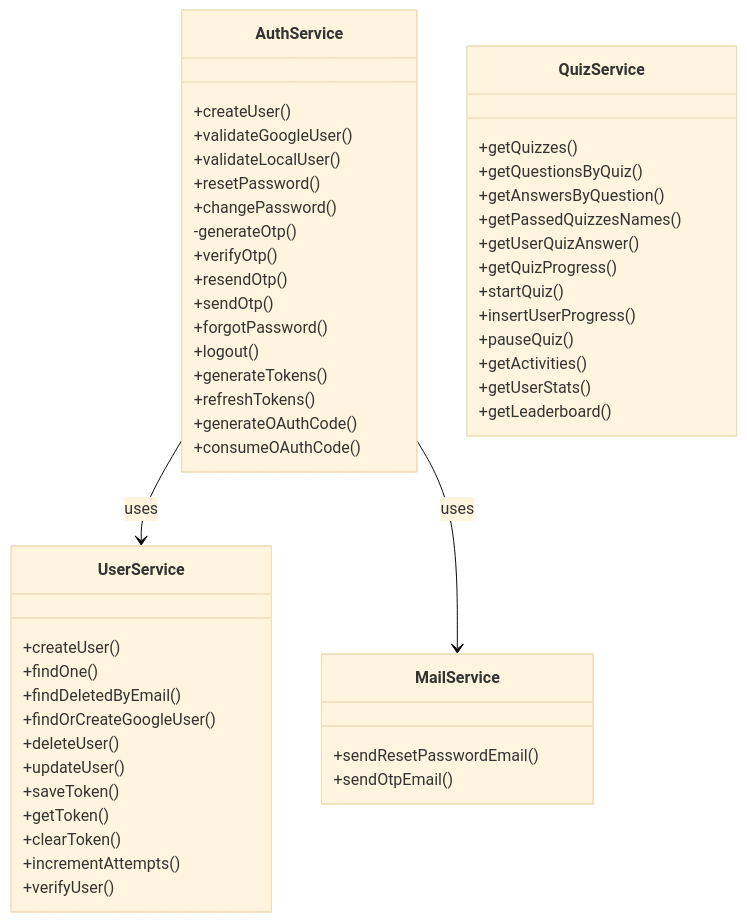
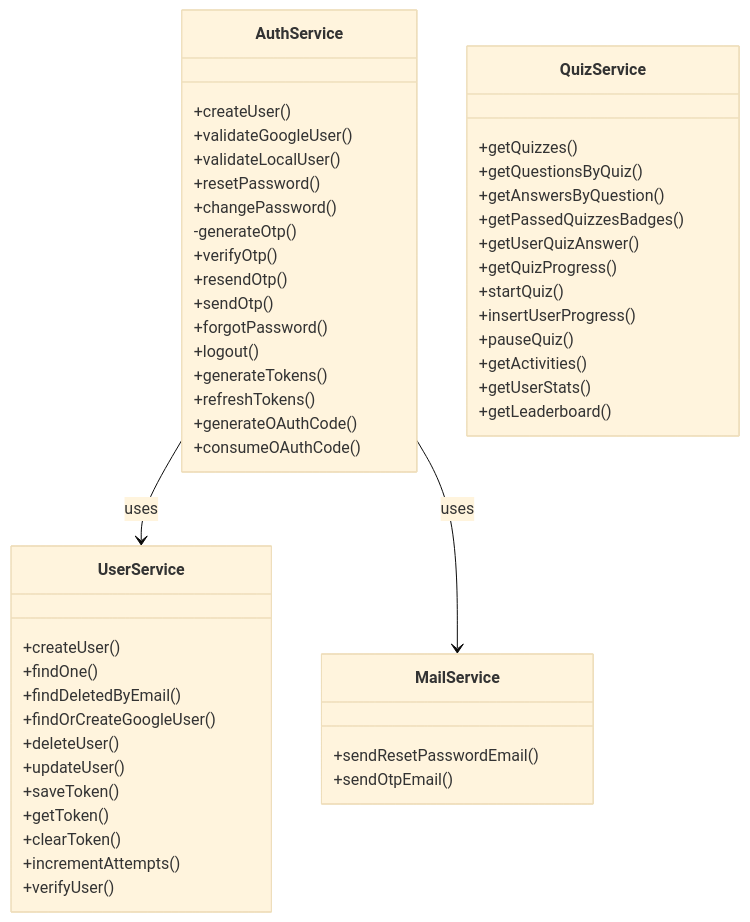
Before and after one commit to Ahmed-Elgammal-900/Quiz-App-Back-End: the third of 5 diagrams in README.md, drawn with Mermaid (base theme). The commit also changed other lines of this file and 6 other files, not shown here.

````diff
--- a/README.md
+++ b/README.md
@@ -348,55 +348,55 @@
 ```mermaid
 classDiagram
 class AuthService {
 +createUser()
 +validateGoogleUser()
 +validateLocalUser()
 +resetPassword()
 +changePassword()
 -generateOtp()
 +verifyOtp()
 +resendOtp()
 +sendOtp()
 +forgotPassword()
 +logout()
 +generateTokens()
 +refreshTokens()
 +generateOAuthCode()
 +consumeOAuthCode()
 }
 class UserService {
 +createUser()
 +findOne()
 +findDeletedByEmail()
 +findOrCreateGoogleUser()
 +deleteUser()
 +updateUser()
 +saveToken()
 +getToken()
 +clearToken()
 +incrementAttempts()
 +verifyUser()
 }
 class QuizService {
 +getQuizzes()
 +getQuestionsByQuiz()
 +getAnswersByQuestion()
-+getPassedQuizzesNames()
++getPassedQuizzesBadges()
 +getUserQuizAnswer()
 +getQuizProgress()
 +startQuiz()
 +insertUserProgress()
 +pauseQuiz()
 +getActivities()
 +getUserStats()
 +getLeaderboard()
 }
 class MailService {
 +sendResetPasswordEmail()
 +sendOtpEmail()
 }
 
     AuthService --> UserService : uses
     AuthService --> MailService: uses
 
 ```
````
